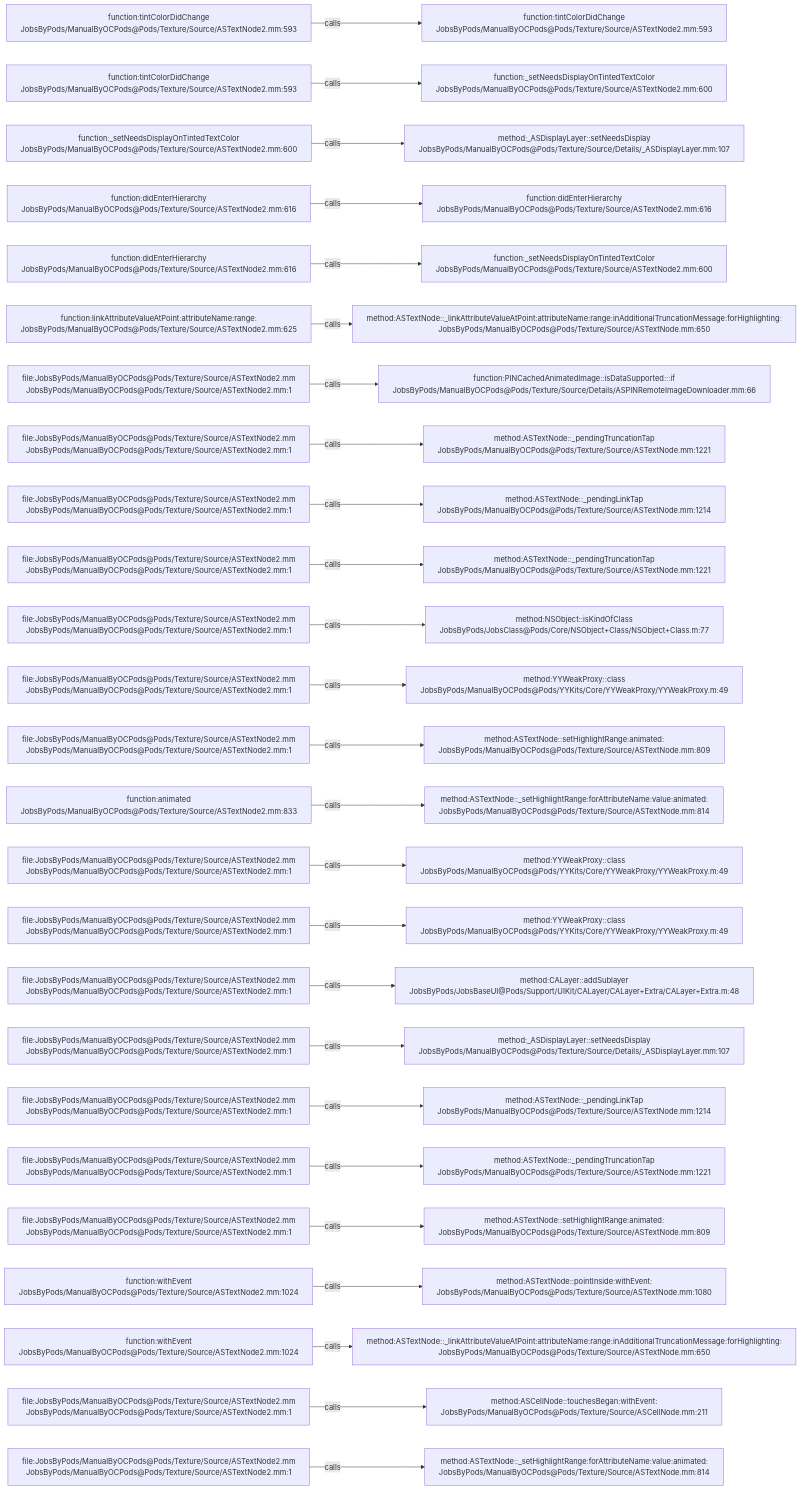
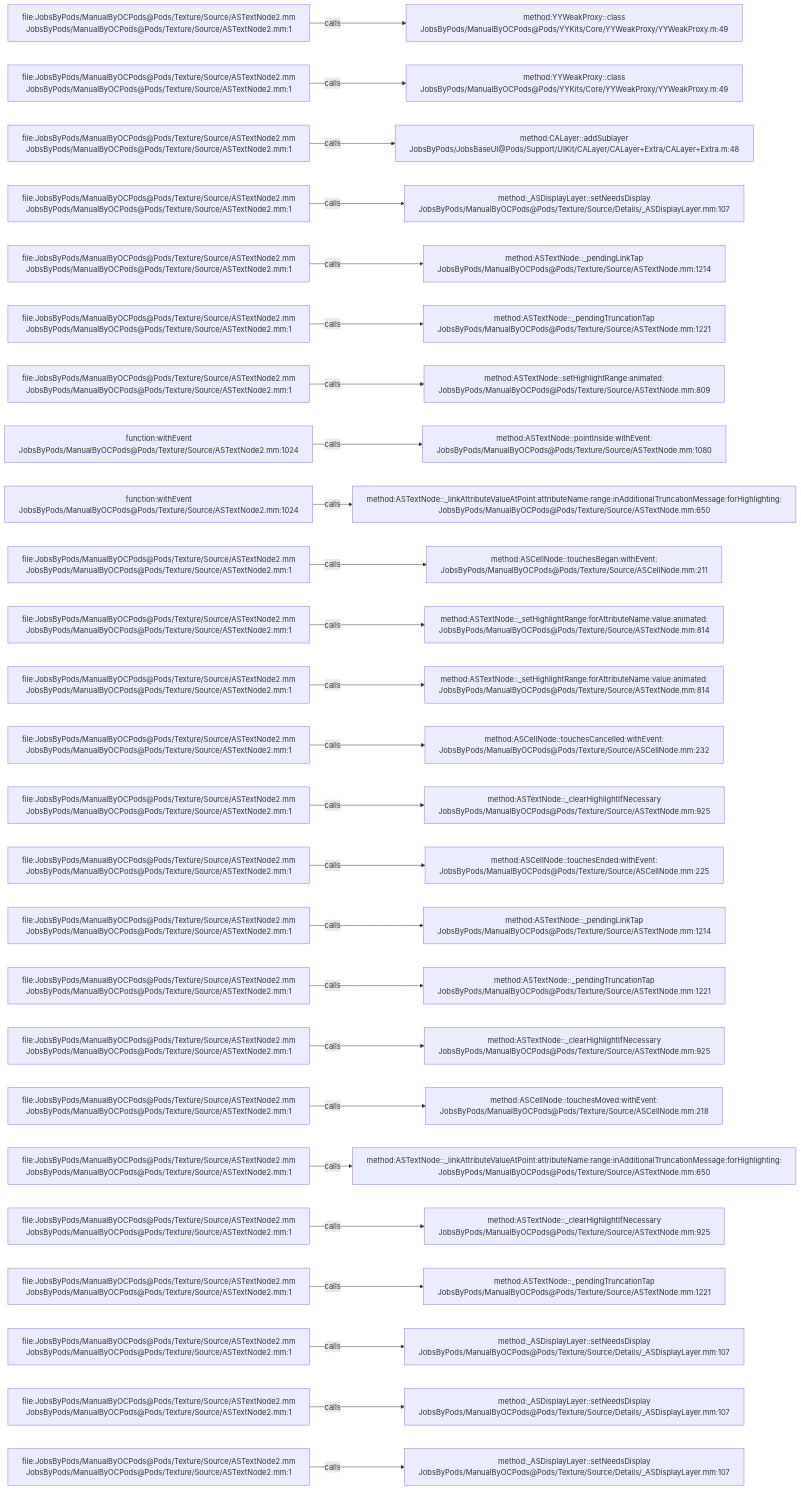
The diagram in .codegraph/codegraph.md/graphs/calls-142.md (JobsKits/JobsOCBaseConfigDemo), drawn with Mermaid before and after one commit. The commit also changed 296 other files, not shown here.

````diff
--- a/.codegraph/codegraph.md/graphs/calls-142.md
+++ b/.codegraph/codegraph.md/graphs/calls-142.md
@@ -13,78 +13,78 @@
 ```mermaid
 flowchart LR
-  S1["function:tintColorDidChange<br/>JobsByPods/ManualByOCPods@Pods/Texture/Source/ASTextNode2.mm:593"]
-  T1["function:tintColorDidChange<br/>JobsByPods/ManualByOCPods@Pods/Texture/Source/ASTextNode2.mm:593"]
+  S1["file:JobsByPods/ManualByOCPods@Pods/Texture/Source/ASTextNode2.mm<br/>JobsByPods/ManualByOCPods@Pods/Texture/Source/ASTextNode2.mm:1"]
+  T1["method:YYWeakProxy::class<br/>JobsByPods/ManualByOCPods@Pods/YYKits/Core/YYWeakProxy/YYWeakProxy.m:49"]
   S1 -->|calls| T1
-  S2["function:tintColorDidChange<br/>JobsByPods/ManualByOCPods@Pods/Texture/Source/ASTextNode2.mm:593"]
-  T2["function:_setNeedsDisplayOnTintedTextColor<br/>JobsByPods/ManualByOCPods@Pods/Texture/Source/ASTextNode2.mm:600"]
+  S2["file:JobsByPods/ManualByOCPods@Pods/Texture/Source/ASTextNode2.mm<br/>JobsByPods/ManualByOCPods@Pods/Texture/Source/ASTextNode2.mm:1"]
+  T2["method:YYWeakProxy::class<br/>JobsByPods/ManualByOCPods@Pods/YYKits/Core/YYWeakProxy/YYWeakProxy.m:49"]
   S2 -->|calls| T2
-  S3["function:_setNeedsDisplayOnTintedTextColor<br/>JobsByPods/ManualByOCPods@Pods/Texture/Source/ASTextNode2.mm:600"]
-  T3["method:_ASDisplayLayer::setNeedsDisplay<br/>JobsByPods/ManualByOCPods@Pods/Texture/Source/Details/_ASDisplayLayer.mm:107"]
+  S3["file:JobsByPods/ManualByOCPods@Pods/Texture/Source/ASTextNode2.mm<br/>JobsByPods/ManualByOCPods@Pods/Texture/Source/ASTextNode2.mm:1"]
+  T3["method:CALayer::addSublayer<br/>JobsByPods/JobsBaseUI@Pods/Support/UIKit/CALayer/CALayer+Extra/CALayer+Extra.m:48"]
   S3 -->|calls| T3
-  S4["function:didEnterHierarchy<br/>JobsByPods/ManualByOCPods@Pods/Texture/Source/ASTextNode2.mm:616"]
-  T4["function:didEnterHierarchy<br/>JobsByPods/ManualByOCPods@Pods/Texture/Source/ASTextNode2.mm:616"]
+  S4["file:JobsByPods/ManualByOCPods@Pods/Texture/Source/ASTextNode2.mm<br/>JobsByPods/ManualByOCPods@Pods/Texture/Source/ASTextNode2.mm:1"]
+  T4["method:_ASDisplayLayer::setNeedsDisplay<br/>JobsByPods/ManualByOCPods@Pods/Texture/Source/Details/_ASDisplayLayer.mm:107"]
   S4 -->|calls| T4
-  S5["function:didEnterHierarchy<br/>JobsByPods/ManualByOCPods@Pods/Texture/Source/ASTextNode2.mm:616"]
-  T5["function:_setNeedsDisplayOnTintedTextColor<br/>JobsByPods/ManualByOCPods@Pods/Texture/Source/ASTextNode2.mm:600"]
+  S5["file:JobsByPods/ManualByOCPods@Pods/Texture/Source/ASTextNode2.mm<br/>JobsByPods/ManualByOCPods@Pods/Texture/Source/ASTextNode2.mm:1"]
+  T5["method:ASTextNode::_pendingLinkTap<br/>JobsByPods/ManualByOCPods@Pods/Texture/Source/ASTextNode.mm:1214"]
   S5 -->|calls| T5
-  S6["function:linkAttributeValueAtPoint:attributeName:range:<br/>JobsByPods/ManualByOCPods@Pods/Texture/Source/ASTextNode2.mm:625"]
-  T6["method:ASTextNode::_linkAttributeValueAtPoint:attributeName:range:inAdditionalTruncationMessage:forHighlighting:<br/>JobsByPods/ManualByOCPods@Pods/Texture/Source/ASTextNode.mm:650"]
+  S6["file:JobsByPods/ManualByOCPods@Pods/Texture/Source/ASTextNode2.mm<br/>JobsByPods/ManualByOCPods@Pods/Texture/Source/ASTextNode2.mm:1"]
+  T6["method:ASTextNode::_pendingTruncationTap<br/>JobsByPods/ManualByOCPods@Pods/Texture/Source/ASTextNode.mm:1221"]
   S6 -->|calls| T6
   S7["file:JobsByPods/ManualByOCPods@Pods/Texture/Source/ASTextNode2.mm<br/>JobsByPods/ManualByOCPods@Pods/Texture/Source/ASTextNode2.mm:1"]
-  T7["function:PINCachedAnimatedImage::isDataSupported:::if<br/>JobsByPods/ManualByOCPods@Pods/Texture/Source/Details/ASPINRemoteImageDownloader.mm:66"]
+  T7["method:ASTextNode::setHighlightRange:animated:<br/>JobsByPods/ManualByOCPods@Pods/Texture/Source/ASTextNode.mm:809"]
   S7 -->|calls| T7
-  S8["file:JobsByPods/ManualByOCPods@Pods/Texture/Source/ASTextNode2.mm<br/>JobsByPods/ManualByOCPods@Pods/Texture/Source/ASTextNode2.mm:1"]
-  T8["method:ASTextNode::_pendingTruncationTap<br/>JobsByPods/ManualByOCPods@Pods/Texture/Source/ASTextNode.mm:1221"]
+  S8["function:withEvent<br/>JobsByPods/ManualByOCPods@Pods/Texture/Source/ASTextNode2.mm:1024"]
+  T8["method:ASTextNode::pointInside:withEvent:<br/>JobsByPods/ManualByOCPods@Pods/Texture/Source/ASTextNode.mm:1080"]
   S8 -->|calls| T8
-  S9["file:JobsByPods/ManualByOCPods@Pods/Texture/Source/ASTextNode2.mm<br/>JobsByPods/ManualByOCPods@Pods/Texture/Source/ASTextNode2.mm:1"]
-  T9["method:ASTextNode::_pendingLinkTap<br/>JobsByPods/ManualByOCPods@Pods/Texture/Source/ASTextNode.mm:1214"]
+  S9["function:withEvent<br/>JobsByPods/ManualByOCPods@Pods/Texture/Source/ASTextNode2.mm:1024"]
+  T9["method:ASTextNode::_linkAttributeValueAtPoint:attributeName:range:inAdditionalTruncationMessage:forHighlighting:<br/>JobsByPods/ManualByOCPods@Pods/Texture/Source/ASTextNode.mm:650"]
   S9 -->|calls| T9
   S10["file:JobsByPods/ManualByOCPods@Pods/Texture/Source/ASTextNode2.mm<br/>JobsByPods/ManualByOCPods@Pods/Texture/Source/ASTextNode2.mm:1"]
-  T10["method:ASTextNode::_pendingTruncationTap<br/>JobsByPods/ManualByOCPods@Pods/Texture/Source/ASTextNode.mm:1221"]
+  T10["method:ASCellNode::touchesBegan:withEvent:<br/>JobsByPods/ManualByOCPods@Pods/Texture/Source/ASCellNode.mm:211"]
   S10 -->|calls| T10
   S11["file:JobsByPods/ManualByOCPods@Pods/Texture/Source/ASTextNode2.mm<br/>JobsByPods/ManualByOCPods@Pods/Texture/Source/ASTextNode2.mm:1"]
-  T11["method:NSObject::isKindOfClass<br/>JobsByPods/JobsClass@Pods/Core/NSObject+Class/NSObject+Class.m:77"]
+  T11["method:ASTextNode::_setHighlightRange:forAttributeName:value:animated:<br/>JobsByPods/ManualByOCPods@Pods/Texture/Source/ASTextNode.mm:814"]
   S11 -->|calls| T11
   S12["file:JobsByPods/ManualByOCPods@Pods/Texture/Source/ASTextNode2.mm<br/>JobsByPods/ManualByOCPods@Pods/Texture/Source/ASTextNode2.mm:1"]
-  T12["method:YYWeakProxy::class<br/>JobsByPods/ManualByOCPods@Pods/YYKits/Core/YYWeakProxy/YYWeakProxy.m:49"]
+  T12["method:ASTextNode::_setHighlightRange:forAttributeName:value:animated:<br/>JobsByPods/ManualByOCPods@Pods/Texture/Source/ASTextNode.mm:814"]
   S12 -->|calls| T12
   S13["file:JobsByPods/ManualByOCPods@Pods/Texture/Source/ASTextNode2.mm<br/>JobsByPods/ManualByOCPods@Pods/Texture/Source/ASTextNode2.mm:1"]
-  T13["method:ASTextNode::setHighlightRange:animated:<br/>JobsByPods/ManualByOCPods@Pods/Texture/Source/ASTextNode.mm:809"]
+  T13["method:ASCellNode::touchesCancelled:withEvent:<br/>JobsByPods/ManualByOCPods@Pods/Texture/Source/ASCellNode.mm:232"]
   S13 -->|calls| T13
-  S14["function:animated<br/>JobsByPods/ManualByOCPods@Pods/Texture/Source/ASTextNode2.mm:833"]
-  T14["method:ASTextNode::_setHighlightRange:forAttributeName:value:animated:<br/>JobsByPods/ManualByOCPods@Pods/Texture/Source/ASTextNode.mm:814"]
+  S14["file:JobsByPods/ManualByOCPods@Pods/Texture/Source/ASTextNode2.mm<br/>JobsByPods/ManualByOCPods@Pods/Texture/Source/ASTextNode2.mm:1"]
+  T14["method:ASTextNode::_clearHighlightIfNecessary<br/>JobsByPods/ManualByOCPods@Pods/Texture/Source/ASTextNode.mm:925"]
   S14 -->|calls| T14
   S15["file:JobsByPods/ManualByOCPods@Pods/Texture/Source/ASTextNode2.mm<br/>JobsByPods/ManualByOCPods@Pods/Texture/Source/ASTextNode2.mm:1"]
-  T15["method:YYWeakProxy::class<br/>JobsByPods/ManualByOCPods@Pods/YYKits/Core/YYWeakProxy/YYWeakProxy.m:49"]
+  T15["method:ASCellNode::touchesEnded:withEvent:<br/>JobsByPods/ManualByOCPods@Pods/Texture/Source/ASCellNode.mm:225"]
   S15 -->|calls| T15
   S16["file:JobsByPods/ManualByOCPods@Pods/Texture/Source/ASTextNode2.mm<br/>JobsByPods/ManualByOCPods@Pods/Texture/Source/ASTextNode2.mm:1"]
-  T16["method:YYWeakProxy::class<br/>JobsByPods/ManualByOCPods@Pods/YYKits/Core/YYWeakProxy/YYWeakProxy.m:49"]
+  T16["method:ASTextNode::_pendingLinkTap<br/>JobsByPods/ManualByOCPods@Pods/Texture/Source/ASTextNode.mm:1214"]
   S16 -->|calls| T16
   S17["file:JobsByPods/ManualByOCPods@Pods/Texture/Source/ASTextNode2.mm<br/>JobsByPods/ManualByOCPods@Pods/Texture/Source/ASTextNode2.mm:1"]
-  T17["method:CALayer::addSublayer<br/>JobsByPods/JobsBaseUI@Pods/Support/UIKit/CALayer/CALayer+Extra/CALayer+Extra.m:48"]
+  T17["method:ASTextNode::_pendingTruncationTap<br/>JobsByPods/ManualByOCPods@Pods/Texture/Source/ASTextNode.mm:1221"]
   S17 -->|calls| T17
   S18["file:JobsByPods/ManualByOCPods@Pods/Texture/Source/ASTextNode2.mm<br/>JobsByPods/ManualByOCPods@Pods/Texture/Source/ASTextNode2.mm:1"]
-  T18["method:_ASDisplayLayer::setNeedsDisplay<br/>JobsByPods/ManualByOCPods@Pods/Texture/Source/Details/_ASDisplayLayer.mm:107"]
+  T18["method:ASTextNode::_clearHighlightIfNecessary<br/>JobsByPods/ManualByOCPods@Pods/Texture/Source/ASTextNode.mm:925"]
   S18 -->|calls| T18
   S19["file:JobsByPods/ManualByOCPods@Pods/Texture/Source/ASTextNode2.mm<br/>JobsByPods/ManualByOCPods@Pods/Texture/Source/ASTextNode2.mm:1"]
-  T19["method:ASTextNode::_pendingLinkTap<br/>JobsByPods/ManualByOCPods@Pods/Texture/Source/ASTextNode.mm:1214"]
+  T19["method:ASCellNode::touchesMoved:withEvent:<br/>JobsByPods/ManualByOCPods@Pods/Texture/Source/ASCellNode.mm:218"]
   S19 -->|calls| T19
   S20["file:JobsByPods/ManualByOCPods@Pods/Texture/Source/ASTextNode2.mm<br/>JobsByPods/ManualByOCPods@Pods/Texture/Source/ASTextNode2.mm:1"]
-  T20["method:ASTextNode::_pendingTruncationTap<br/>JobsByPods/ManualByOCPods@Pods/Texture/Source/ASTextNode.mm:1221"]
+  T20["method:ASTextNode::_linkAttributeValueAtPoint:attributeName:range:inAdditionalTruncationMessage:forHighlighting:<br/>JobsByPods/ManualByOCPods@Pods/Texture/Source/ASTextNode.mm:650"]
   S20 -->|calls| T20
   S21["file:JobsByPods/ManualByOCPods@Pods/Texture/Source/ASTextNode2.mm<br/>JobsByPods/ManualByOCPods@Pods/Texture/Source/ASTextNode2.mm:1"]
-  T21["method:ASTextNode::setHighlightRange:animated:<br/>JobsByPods/ManualByOCPods@Pods/Texture/Source/ASTextNode.mm:809"]
+  T21["method:ASTextNode::_clearHighlightIfNecessary<br/>JobsByPods/ManualByOCPods@Pods/Texture/Source/ASTextNode.mm:925"]
   S21 -->|calls| T21
-  S22["function:withEvent<br/>JobsByPods/ManualByOCPods@Pods/Texture/Source/ASTextNode2.mm:1024"]
-  T22["method:ASTextNode::pointInside:withEvent:<br/>JobsByPods/ManualByOCPods@Pods/Texture/Source/ASTextNode.mm:1080"]
+  S22["file:JobsByPods/ManualByOCPods@Pods/Texture/Source/ASTextNode2.mm<br/>JobsByPods/ManualByOCPods@Pods/Texture/Source/ASTextNode2.mm:1"]
+  T22["method:ASTextNode::_pendingTruncationTap<br/>JobsByPods/ManualByOCPods@Pods/Texture/Source/ASTextNode.mm:1221"]
   S22 -->|calls| T22
-  S23["function:withEvent<br/>JobsByPods/ManualByOCPods@Pods/Texture/Source/ASTextNode2.mm:1024"]
-  T23["method:ASTextNode::_linkAttributeValueAtPoint:attributeName:range:inAdditionalTruncationMessage:forHighlighting:<br/>JobsByPods/ManualByOCPods@Pods/Texture/Source/ASTextNode.mm:650"]
+  S23["file:JobsByPods/ManualByOCPods@Pods/Texture/Source/ASTextNode2.mm<br/>JobsByPods/ManualByOCPods@Pods/Texture/Source/ASTextNode2.mm:1"]
+  T23["method:_ASDisplayLayer::setNeedsDisplay<br/>JobsByPods/ManualByOCPods@Pods/Texture/Source/Details/_ASDisplayLayer.mm:107"]
   S23 -->|calls| T23
   S24["file:JobsByPods/ManualByOCPods@Pods/Texture/Source/ASTextNode2.mm<br/>JobsByPods/ManualByOCPods@Pods/Texture/Source/ASTextNode2.mm:1"]
-  T24["method:ASCellNode::touchesBegan:withEvent:<br/>JobsByPods/ManualByOCPods@Pods/Texture/Source/ASCellNode.mm:211"]
+  T24["method:_ASDisplayLayer::setNeedsDisplay<br/>JobsByPods/ManualByOCPods@Pods/Texture/Source/Details/_ASDisplayLayer.mm:107"]
   S24 -->|calls| T24
   S25["file:JobsByPods/ManualByOCPods@Pods/Texture/Source/ASTextNode2.mm<br/>JobsByPods/ManualByOCPods@Pods/Texture/Source/ASTextNode2.mm:1"]
-  T25["method:ASTextNode::_setHighlightRange:forAttributeName:value:animated:<br/>JobsByPods/ManualByOCPods@Pods/Texture/Source/ASTextNode.mm:814"]
+  T25["method:_ASDisplayLayer::setNeedsDisplay<br/>JobsByPods/ManualByOCPods@Pods/Texture/Source/Details/_ASDisplayLayer.mm:107"]
   S25 -->|calls| T25
 ```
````
